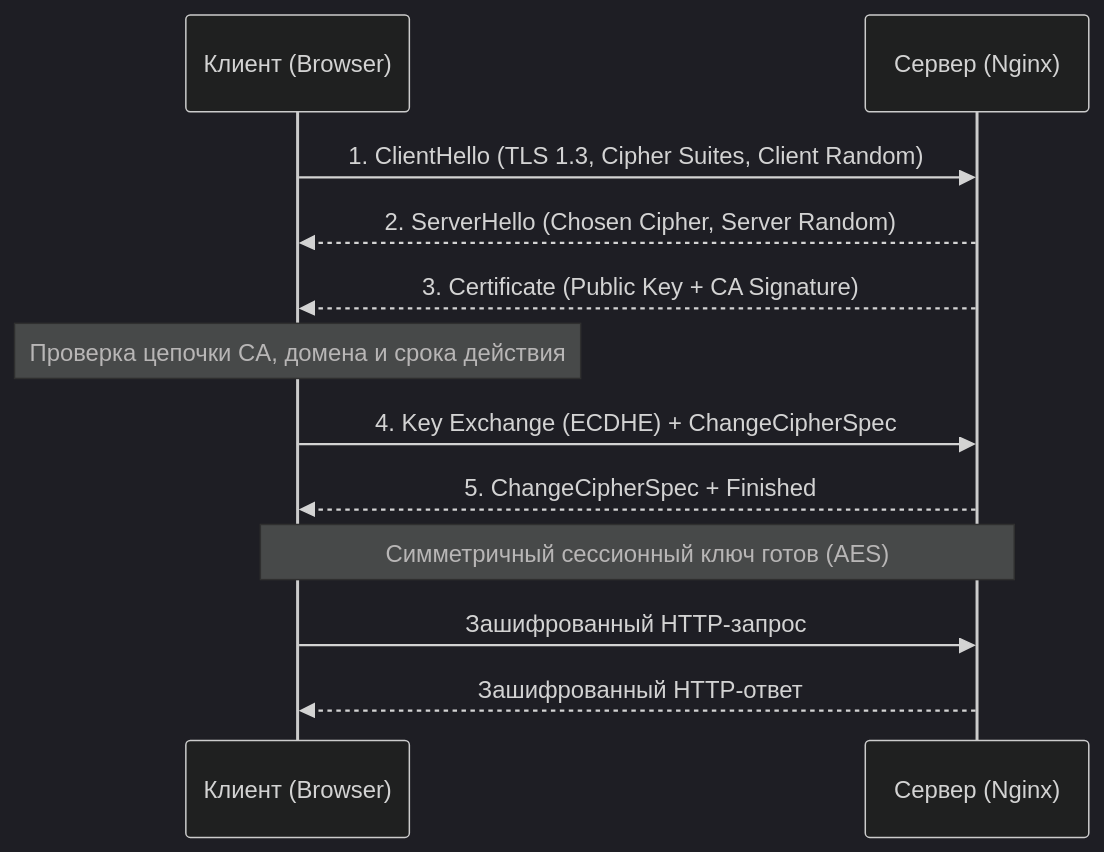
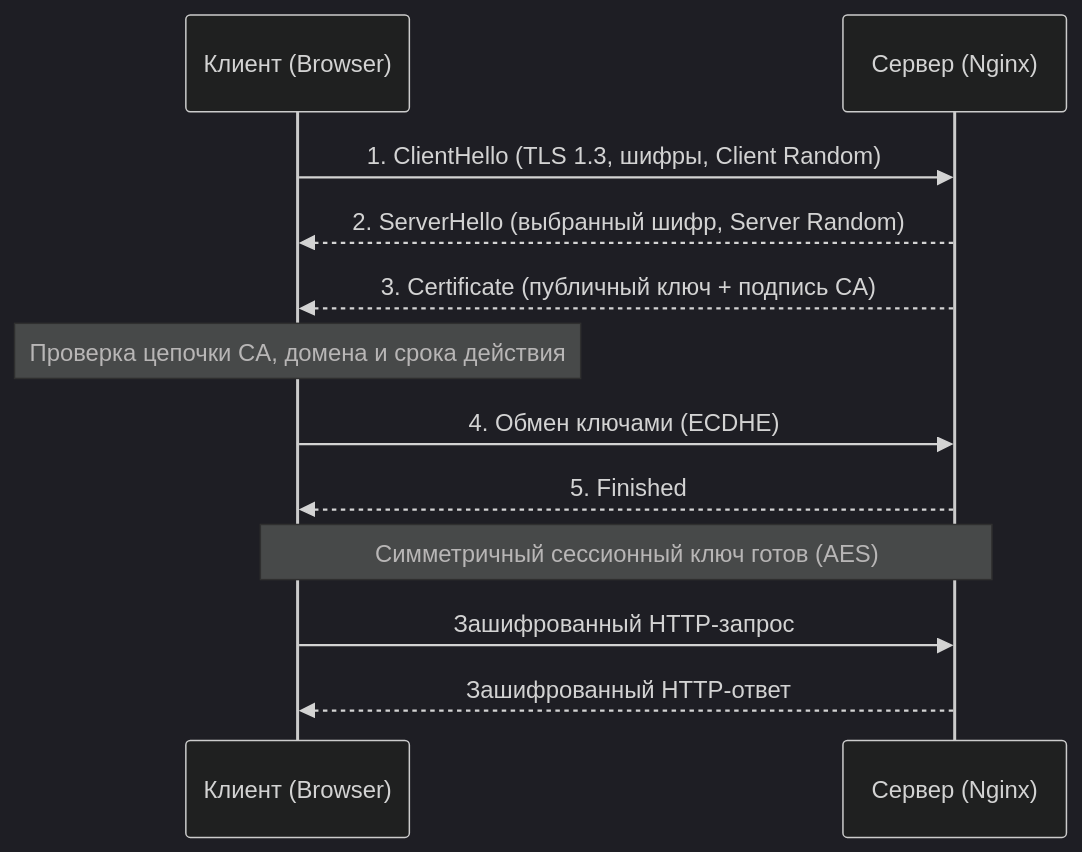
Before and after one commit to younggsad/obsidian-store: the second of 3 diagrams in Innowise/Вопросы к собесу/Backend/HTTP и Сети.md, drawn with Mermaid (dark theme). The commit also changed other lines of this file and 2 other files, not shown here.

`````diff
--- a/Innowise/Вопросы к собесу/Backend/HTTP и Сети.md
+++ b/Innowise/Вопросы к собесу/Backend/HTTP и Сети.md
@@ -111,15 +182,14 @@
 ```mermaid
 sequenceDiagram
     participant C as Клиент (Browser)
     participant S as Сервер (Nginx)
-
-    C->>S: 1. ClientHello (TLS 1.3, Cipher Suites, Client Random)
-    S-->>C: 2. ServerHello (Chosen Cipher, Server Random)
-    S-->>C: 3. Certificate (Public Key + CA Signature)
+    C->>S: 1. ClientHello (TLS 1.3, шифры, Client Random)
+    S-->>C: 2. ServerHello (выбранный шифр, Server Random)
+    S-->>C: 3. Certificate (публичный ключ + подпись CA)
     Note over C: Проверка цепочки CA, домена и срока действия
-    C->>S: 4. Key Exchange (ECDHE) + ChangeCipherSpec
-    S-->>C: 5. ChangeCipherSpec + Finished
+    C->>S: 4. Обмен ключами (ECDHE)
+    S-->>C: 5. Finished
     Note over C,S: Симметричный сессионный ключ готов (AES)
     C->>S: Зашифрованный HTTP-запрос
     S-->>C: Зашифрованный HTTP-ответ
-````
+```
`````
